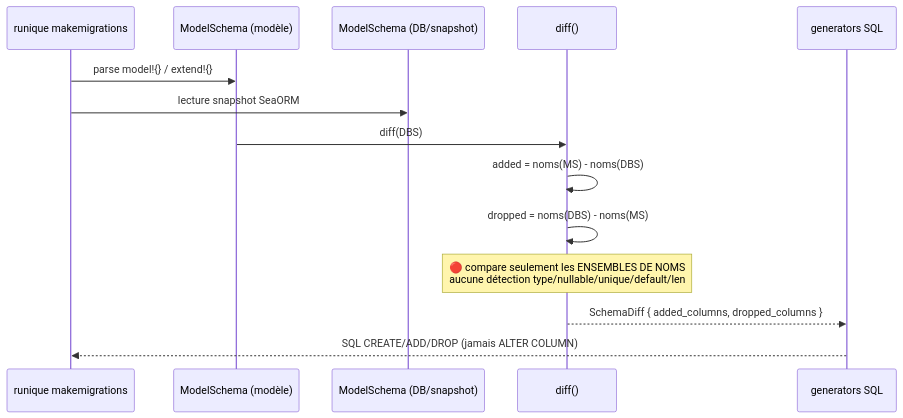
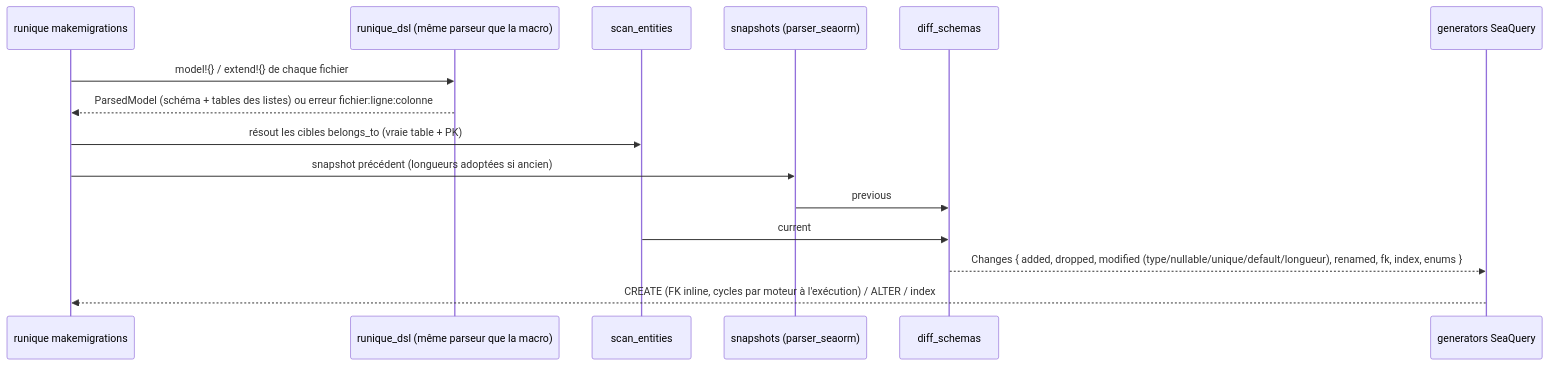
The second of 2 diagrams in diagramme/flux/auth-session-et-makemigrations.md (seb-alliot/runique), drawn with Mermaid before and after one commit. The commit also changed other lines of this file and 93 other files, not shown here.

````diff
--- a/diagramme/flux/auth-session-et-makemigrations.md
+++ b/diagramme/flux/auth-session-et-makemigrations.md
@@ -36,17 +39,18 @@
 ```mermaid
 sequenceDiagram
     participant CLI as runique makemigrations
-    participant MS as ModelSchema (modèle)
-    participant DBS as ModelSchema (DB/snapshot)
-    participant D as diff()
-    participant G as generators SQL
+    participant DSL as runique_dsl (même parseur que la macro)
+    participant SC as scan_entities
+    participant SN as snapshots (parser_seaorm)
+    participant D as diff_schemas
+    participant G as generators SeaQuery
 
-    CLI->>MS: parse model!{} / extend!{}
-    CLI->>DBS: lecture snapshot SeaORM
-    MS->>D: diff(DBS)
-    D->>D: added = noms(MS) - noms(DBS)
-    D->>D: dropped = noms(DBS) - noms(MS)
-    Note over D: 🔴 compare seulement les ENSEMBLES DE NOMS<br/>aucune détection type/nullable/unique/default/len
-    D-->>G: SchemaDiff { added_columns, dropped_columns }
-    G-->>CLI: SQL CREATE/ADD/DROP (jamais ALTER COLUMN)
+    CLI->>DSL: model!{} / extend!{} de chaque fichier
+    DSL-->>CLI: ParsedModel (schéma + tables des listes) ou erreur fichier:ligne:colonne
+    CLI->>SC: résout les cibles belongs_to (vraie table + PK)
+    CLI->>SN: snapshot précédent (longueurs adoptées si ancien)
+    SN->>D: previous
+    SC->>D: current
+    D-->>G: Changes { added, dropped, modified (type/nullable/unique/default/longueur), renamed, fk, index, enums }
+    G-->>CLI: CREATE (FK inline, cycles par moteur à l'exécution) / ALTER / index
 ```
````
